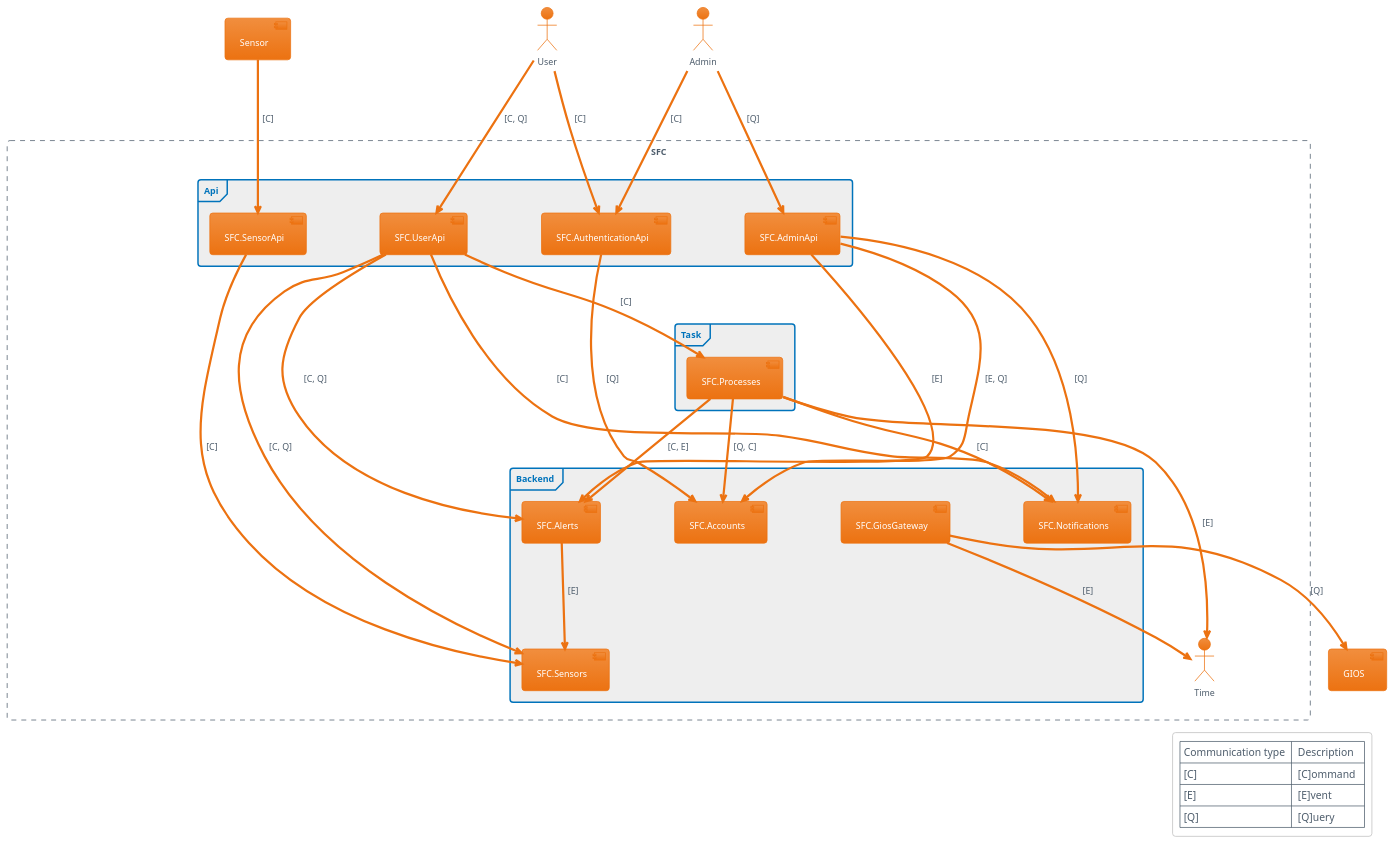
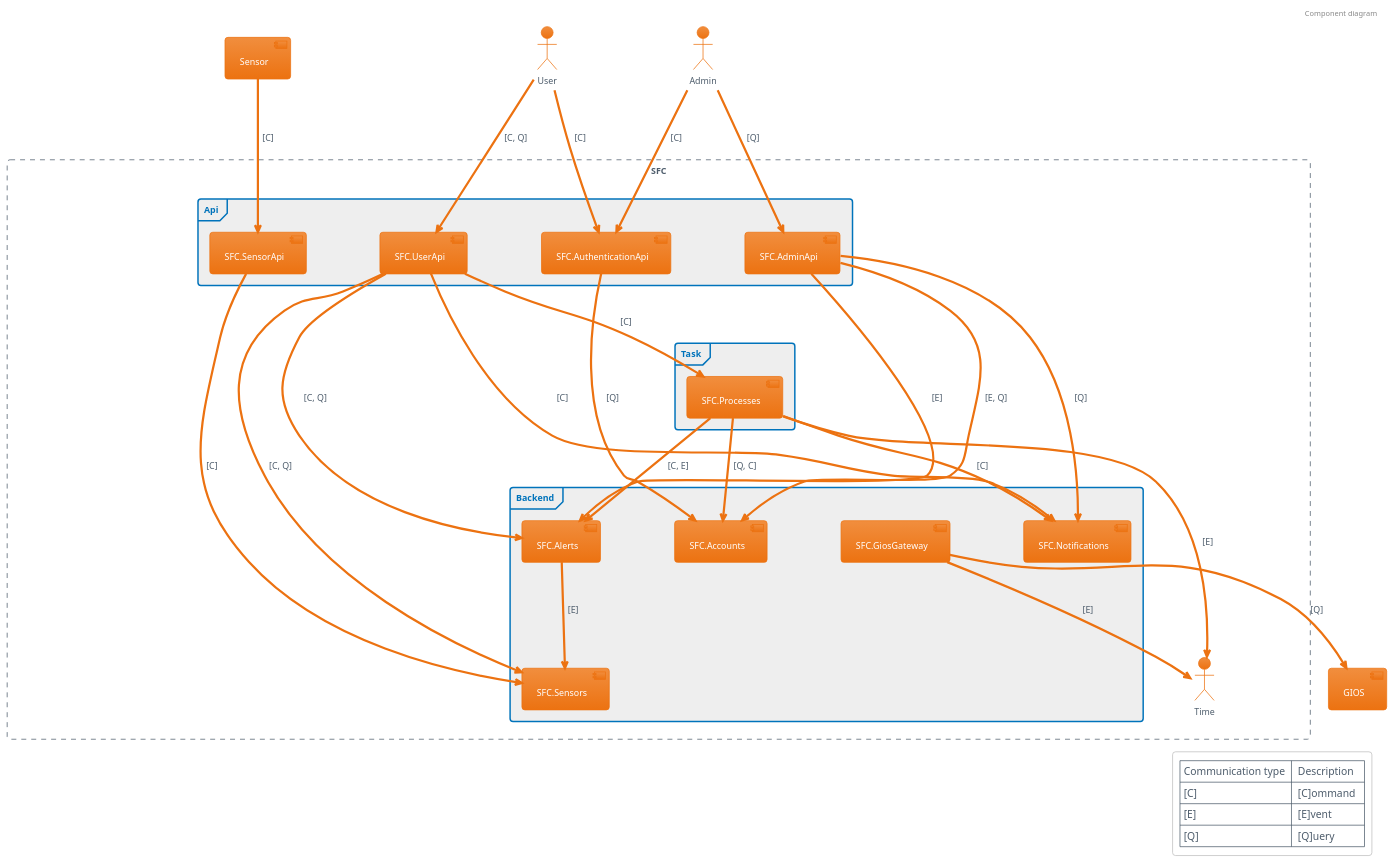
Before and after one commit to mr0zek/SmogFightClub: the diagram in docs/ArchitectureDocumentation/ComponentDiagram.puml, drawn with PlantUML. The commit also changed other lines of this file and 11 other files, not shown here.

```diff
--- a/docs/ArchitectureDocumentation/ComponentDiagram.puml
+++ b/docs/ArchitectureDocumentation/ComponentDiagram.puml
@@ -2,58 +1,59 @@
 @startuml
+header Component diagram
 !theme aws-orange
 
 skinparam ranksep 100
 skinparam nodesep 100
 :Admin:
 :User:
 [GIOS]
 [Sensor]
 rectangle SFC #line.dashed {
 frame Backend {
 [SFC.Accounts]
 [SFC.Alerts]
 [SFC.GiosGateway]
 [SFC.Notifications]
 [SFC.Sensors]
 }
 frame Api {
 [SFC.AdminApi]
 [SFC.AuthenticationApi]
 [SFC.SensorApi]
 [SFC.UserApi]
 }
 frame Task {
 [SFC.Processes]
 }
 :Time:
 [Admin] -d-> [SFC.AdminApi] : [Q]
 [Admin] -d-> [SFC.AuthenticationApi] : [C]
 [SFC.AdminApi] -d-> [SFC.Notifications] : [Q]
 [SFC.AdminApi] -d-> [SFC.Accounts] : [E, Q]
 [SFC.AdminApi] -d-> [SFC.Alerts] : [E]
 [SFC.Alerts] -d-> [SFC.Sensors] : [E]
 [User] -d-> [SFC.AuthenticationApi] : [C]
 [User] -d-> [SFC.UserApi] : [C, Q]
 [SFC.AuthenticationApi] -d-> [SFC.Accounts] : [Q]
 [SFC.GiosGateway] -d-> [Time] : [E]
 [SFC.GiosGateway] -d-> [GIOS] : [Q]
 [SFC.Processes] -d-> [SFC.Accounts] : [Q, C]
 [SFC.Processes] -d-> [SFC.Notifications] : [C]
 [SFC.Processes] -d-> [SFC.Alerts] : [C, E]
 [SFC.Processes] -d-> [Time] : [E]
 [Sensor] -d-> [SFC.SensorApi] : [C]
 [SFC.SensorApi] -d-> [SFC.Sensors] : [C]
 [SFC.UserApi] -d-> [SFC.Notifications] : [C]
 [SFC.UserApi] -d-> [SFC.Sensors] : [C, Q]
 [SFC.UserApi] -d-> [SFC.Alerts] : [C, Q]
 [SFC.UserApi] -d-> [SFC.Processes] : [C]
 
 
 legend right
     |Communication type | Description|
     |[C]                | [C]ommand  |
     |[E]                | [E]vent    |
     |[Q]                | [Q]uery    |
 endlegend
 
 @enduml
```
